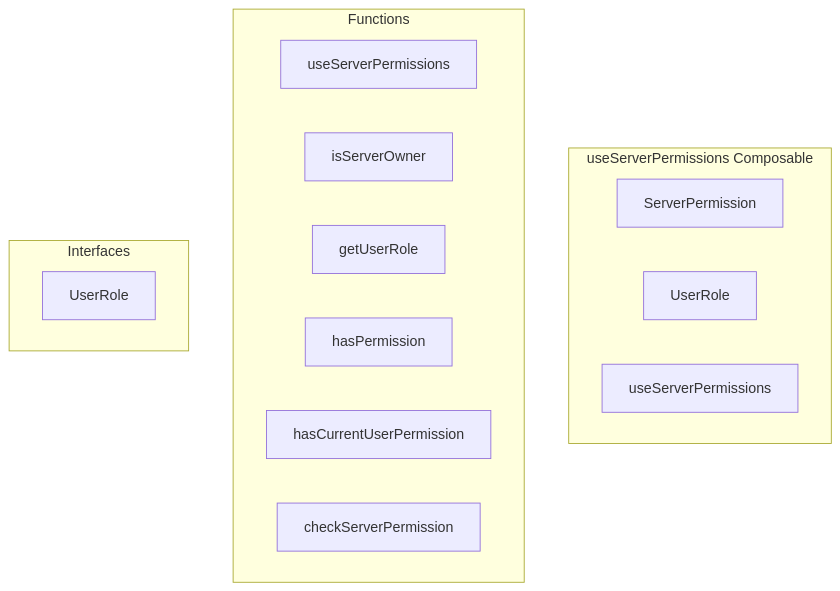
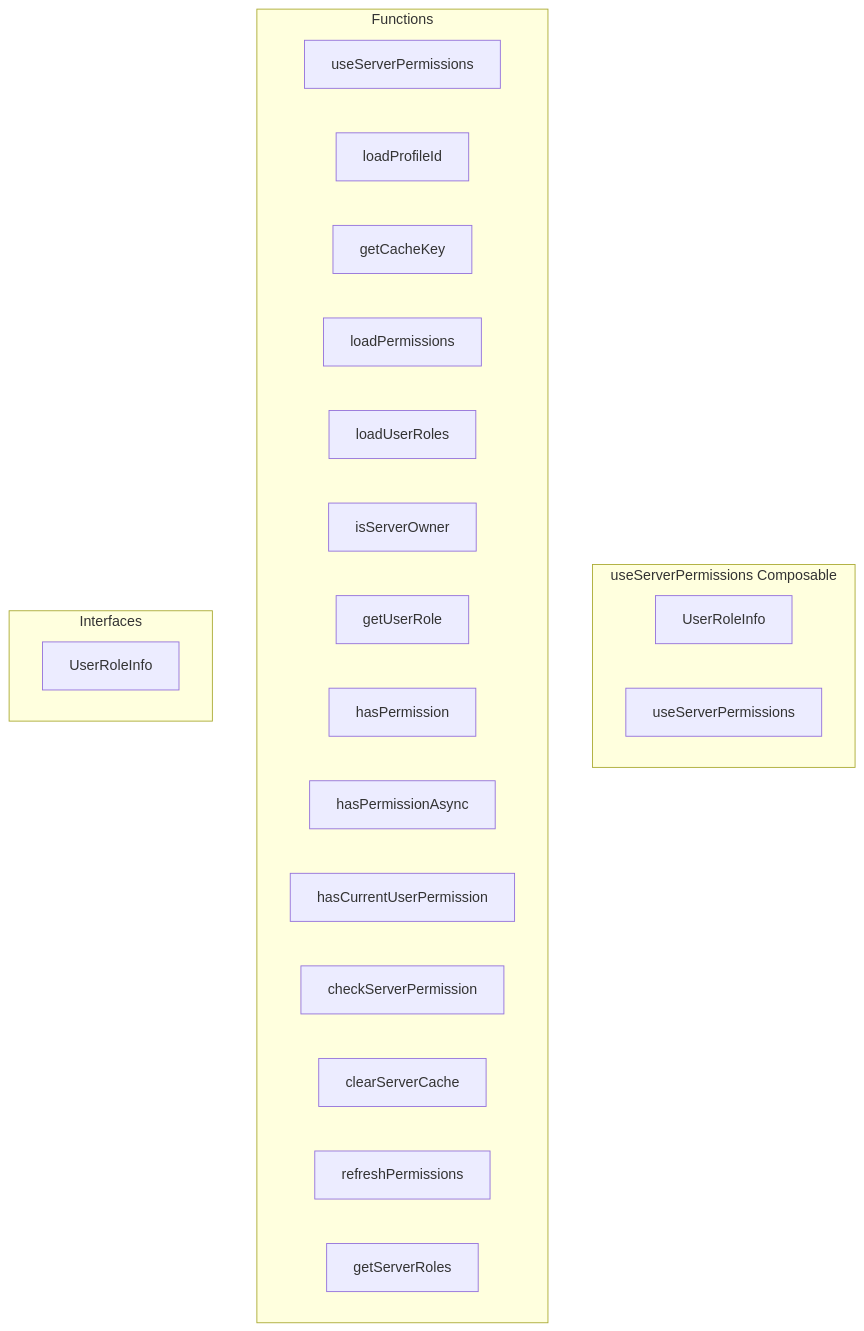
Before and after one commit to y4my4my4m/harmony: the diagram in docs/api/composables/useserverpermissions.md, drawn with Mermaid. The commit also changed other lines of this file and 211 other files, not shown here.

````diff
--- a/docs/api/composables/useserverpermissions.md
+++ b/docs/api/composables/useserverpermissions.md
@@ -7,21 +7,28 @@
 ```mermaid
 graph TB
     subgraph "useServerPermissions Composable"
-        SERVERPERMISSION[ServerPermission]
-        USERROLE[UserRole]
+        USERROLEINFO[UserRoleInfo]
         USESERVERPERMISSIONS[useServerPermissions]
     end
     
     subgraph "Functions"
         FN_USESERVERPERMISSIONS[useServerPermissions]
+        FN_LOADPROFILEID[loadProfileId]
+        FN_GETCACHEKEY[getCacheKey]
+        FN_LOADPERMISSIONS[loadPermissions]
+        FN_LOADUSERROLES[loadUserRoles]
         FN_ISSERVEROWNER[isServerOwner]
         FN_GETUSERROLE[getUserRole]
         FN_HASPERMISSION[hasPermission]
+        FN_HASPERMISSIONASYNC[hasPermissionAsync]
         FN_HASCURRENTUSERPERMISSION[hasCurrentUserPermission]
         FN_CHECKSERVERPERMISSION[checkServerPermission]
+        FN_CLEARSERVERCACHE[clearServerCache]
+        FN_REFRESHPERMISSIONS[refreshPermissions]
+        FN_GETSERVERROLES[getServerRoles]
     end
     
     subgraph "Interfaces"
-        INT_USERROLE[UserRole]
+        INT_USERROLEINFO[UserRoleInfo]
     end
 ```
````
